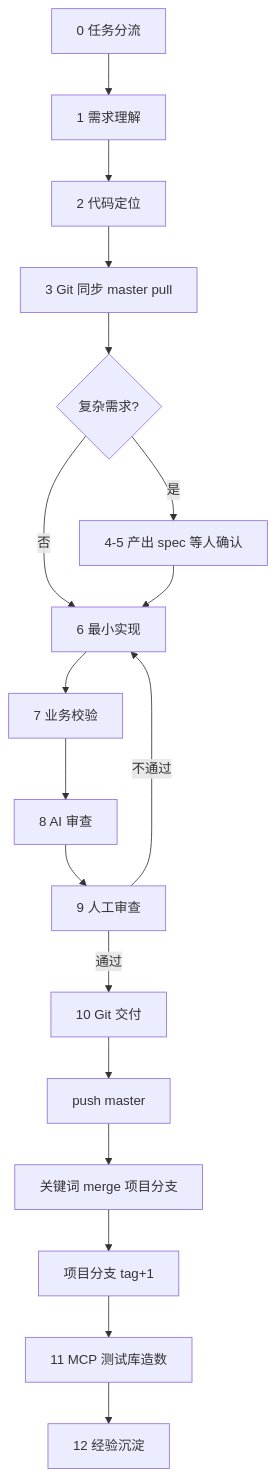
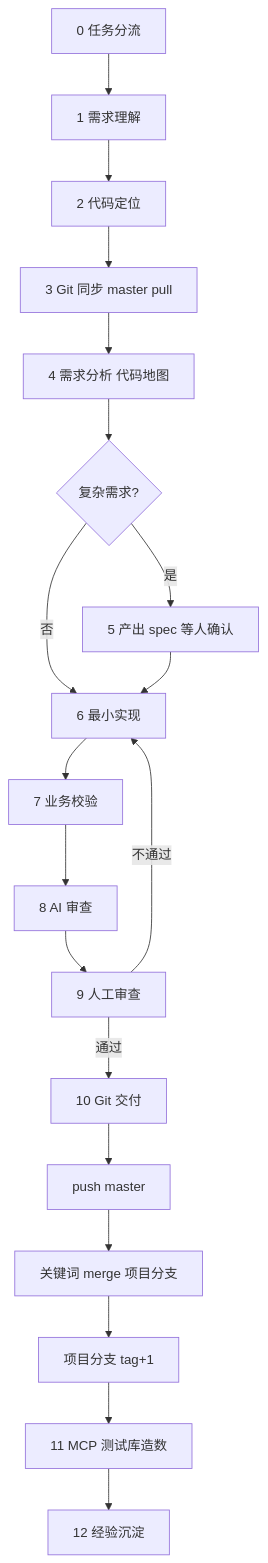
The diagram in docs/workflow.md (zyx379/zoehis_workflow), drawn with Mermaid before and after one commit. The commit also changed other lines of this file and 7 other files, not shown here.

````diff
--- a/docs/workflow.md
+++ b/docs/workflow.md
@@ -31,20 +34,21 @@
 ```mermaid
 flowchart TD
   S0[0 任务分流] --> S1[1 需求理解]
   S1 --> S2[2 代码定位]
   S2 --> S3[3 Git 同步 master pull]
-  S3 --> S4{复杂需求?}
-  S4 -->|是| S5[4-5 产出 spec 等人确认]
-  S4 -->|否| S6[6 最小实现]
-  S5 --> S6
+  S3 --> S4[4 需求分析 代码地图]
+  S4 --> S5{复杂需求?}
+  S5 -->|是| S5a[5 产出 spec 等人确认]
+  S5 -->|否| S6[6 最小实现]
+  S5a --> S6
   S6 --> S7[7 业务校验]
   S7 --> S8[8 AI 审查]
   S8 --> S9[9 人工审查]
   S9 -->|不通过| S6
   S9 -->|通过| S10[10 Git 交付]
   S10 --> S10a[push master]
   S10a --> S10b[关键词 merge 项目分支]
   S10b --> S10c[项目分支 tag+1]
   S10c --> S11[11 MCP 测试库造数]
   S11 --> S12[12 经验沉淀]
 ```
````
